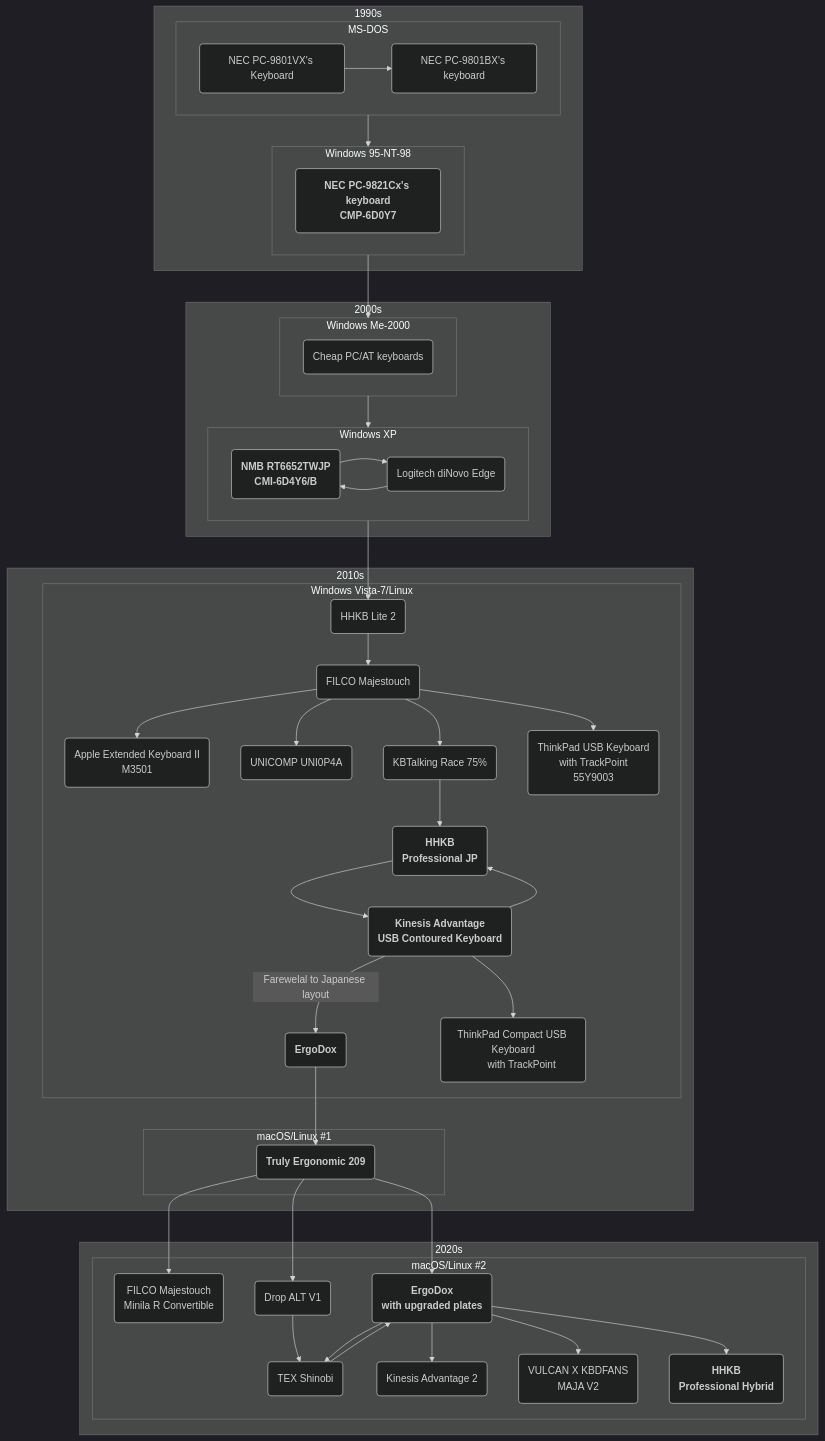
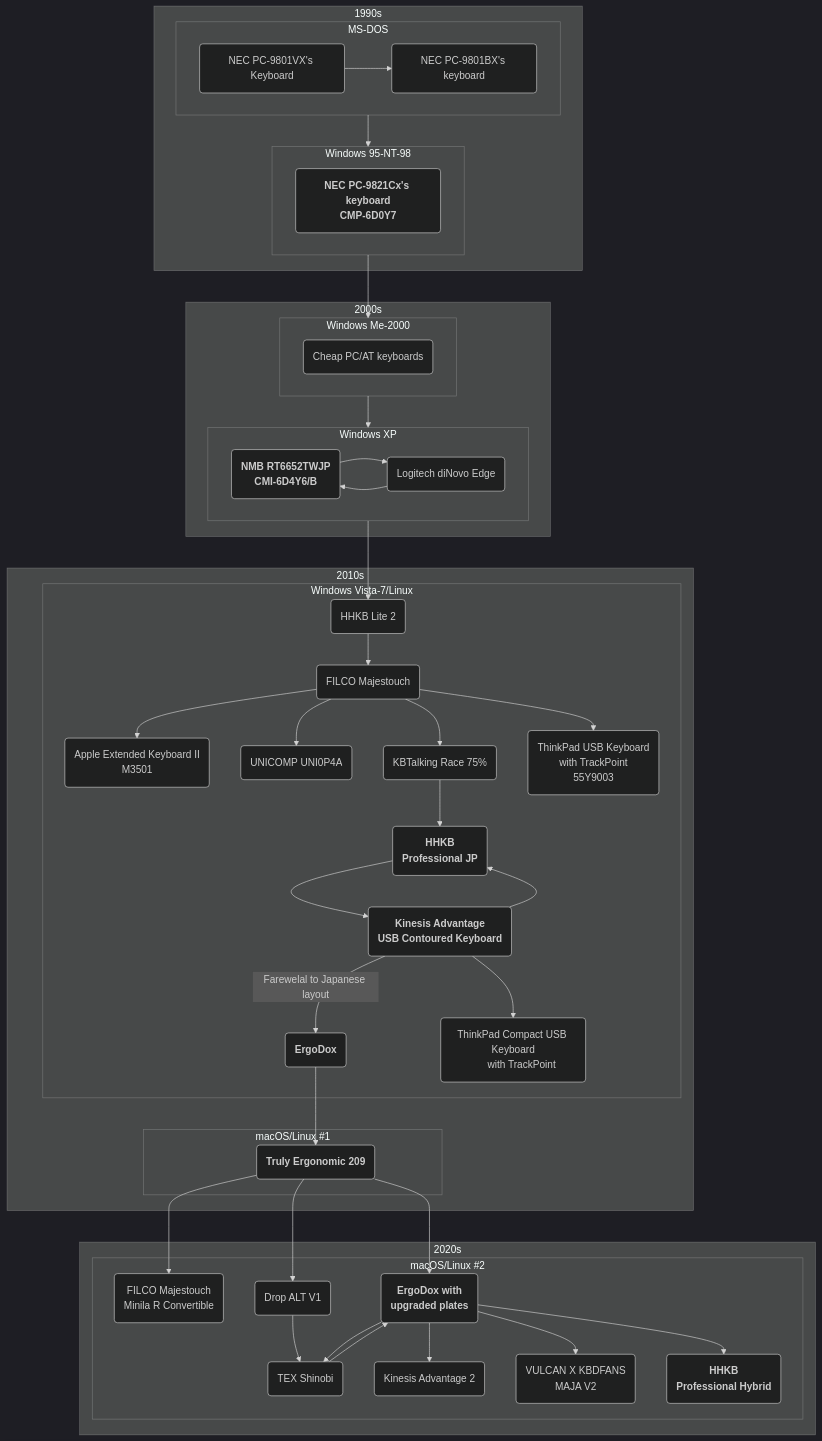
One commit to sumibi-yakitori/sumibi-yakitori changed the diagram in hid.md. Above: the diagram before and after it, drawn with Mermaid (dark theme).

````diff
--- a/hid.md
+++ b/hid.md
@@ -19,78 +19,78 @@
 ```mermaid
 flowchart TB
   subgraph 1990s
     subgraph MS-DOS
       direction LR
 
       pc9801vx(NEC PC-9801VX's Keyboard)-->pc9801bx(NEC PC-9801BX's keyboard)
     end
     
     subgraph Windows 95-NT-98
       direction LR
 
       pc9801bx-->pc9821cx13("`**NEC PC-9821Cx's keyboard
       CMP-6D0Y7**`")
     end
   end
   
   subgraph 2000s
     subgraph Windows Me-2000
       direction LR
 
       pc9821cx13-->pcat1(Cheap PC/AT keyboards)
     end
     
     subgraph Windows XP
       direction LR
 
       pcat1-->nmb
       nmb("`**NMB RT6652TWJP
       CMI-6D4Y6/B**`")-->Logitech(Logitech diNovo Edge)-->nmb
     end
   end
   
   subgraph 2010s
     subgraph Windows Vista-7/Linux
       nmb-->hhkb-lite(HHKB Lite 2)
       hhkb-lite-->filco-m(FILCO Majestouch)
       filco-m-->ae-kb("Apple Extended Keyboard II
       M3501")
       filco-m-->unicomp(UNICOMP UNI0P4A)
       filco-m-->race(KBTalking Race 75%)
       filco-m-->thinkpad1("ThinkPad USB Keyboard
       with TrackPoint
       55Y9003")
       race-->hhkb-pro-jp("`**HHKB
       Professional JP**`")
       hhkb-pro-jp-->kinesis-a("`**Kinesis Advantage
       USB Contoured Keyboard**`")
       kinesis-a-->hhkb-pro-jp
       kinesis-a-- "`Farewelal to Japanese layout`" -->ergodox1("`**ErgoDox**`")
       kinesis-a-->thinkpad2("ThinkPad Compact USB Keyboard
       with TrackPoint")
     end
 
     subgraph macOS/Linux #1
       ergodox1-->teck("`**Truly Ergonomic 209**`")
     end
   end
   
 
   subgraph 2020s
     subgraph macOS/Linux #2
       teck-->filco-minila-r("FILCO Majestouch
       Minila R Convertible")
-      teck-->ergodox2("`**ErgoDox
-      with upgraded plates**`")
+      teck-->ergodox2("`**ErgoDox with
+      upgraded plates**`")
       teck-->drop-alt(Drop ALT V1)
       drop-alt-->shinobi
       ergodox2-->shinobi(TEX Shinobi)
       shinobi-->ergodox2
       ergodox2-->kinesis-a2(Kinesis Advantage 2)
       ergodox2-->maja("`VULCAN X KBDFANS
       MAJA V2`")
       ergodox2-->hhkb-hybrid("`**HHKB
       Professional Hybrid**`")
     end
   end
 ```
````
